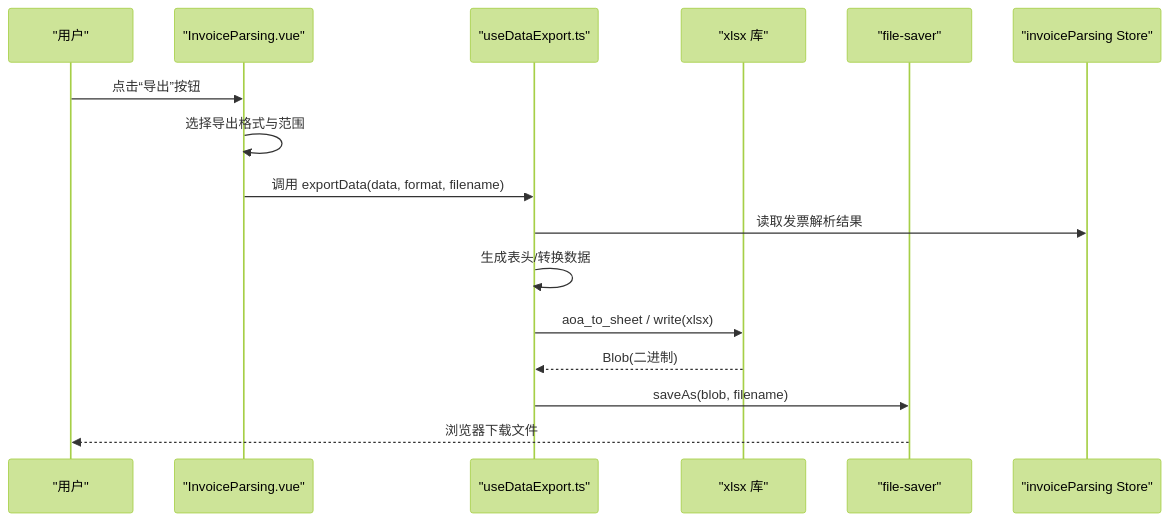
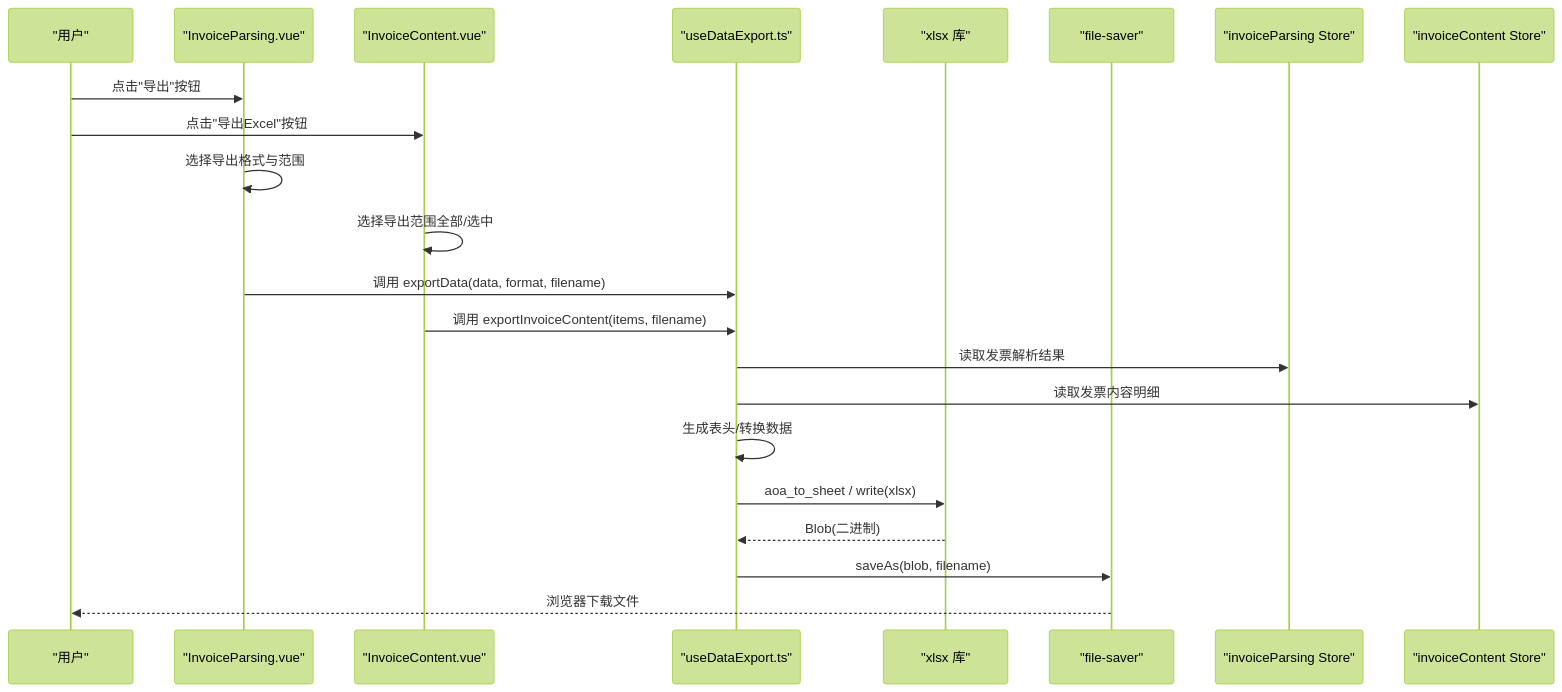
The second of 6 diagrams in .qoder/repowiki/zh/content/数据导出功能.md (dunhuixiao/FinanceTools), drawn with Mermaid (forest theme) before and after one commit. The commit also changed other lines of this file and 20 other files, not shown here.

````diff
--- a/.qoder/repowiki/zh/content/数据导出功能.md
+++ b/.qoder/repowiki/zh/content/数据导出功能.md
@@ -109,18 +143,24 @@
 ```mermaid
 sequenceDiagram
 participant U as "用户"
 participant VP as "InvoiceParsing.vue"
+participant IC as "InvoiceContent.vue"
 participant UDE as "useDataExport.ts"
 participant XLSX as "xlsx 库"
 participant FS as "file-saver"
 participant IPS as "invoiceParsing Store"
-U->>VP : 点击“导出”按钮
+participant ICS as "invoiceContent Store"
+U->>VP : 点击"导出"按钮
+U->>IC : 点击"导出Excel"按钮
 VP->>VP : 选择导出格式与范围
+IC->>IC : 选择导出范围全部/选中
 VP->>UDE : 调用 exportData(data, format, filename)
+IC->>UDE : 调用 exportInvoiceContent(items, filename)
 UDE->>IPS : 读取发票解析结果
+UDE->>ICS : 读取发票内容明细
 UDE->>UDE : 生成表头/转换数据
 UDE->>XLSX : aoa_to_sheet / write(xlsx)
 XLSX-->>UDE : Blob(二进制)
 UDE->>FS : saveAs(blob, filename)
 FS-->>U : 浏览器下载文件
 ```
````
